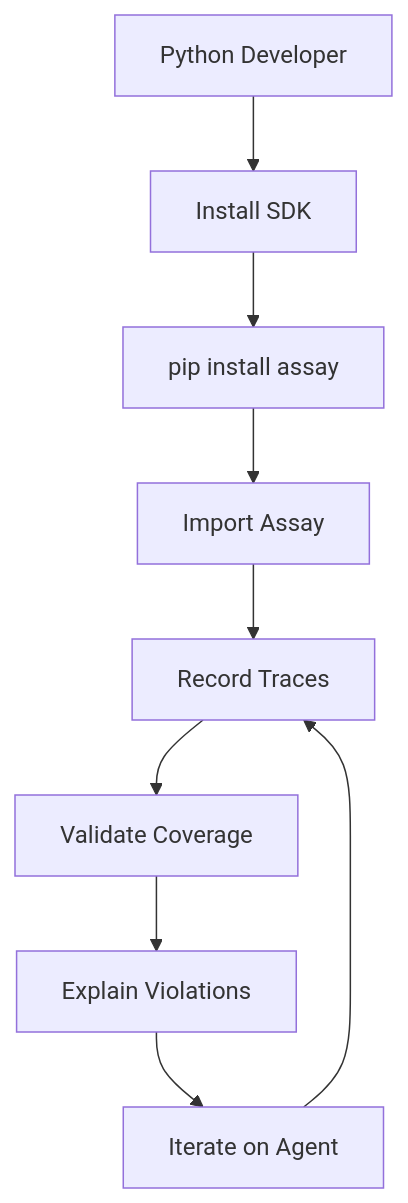
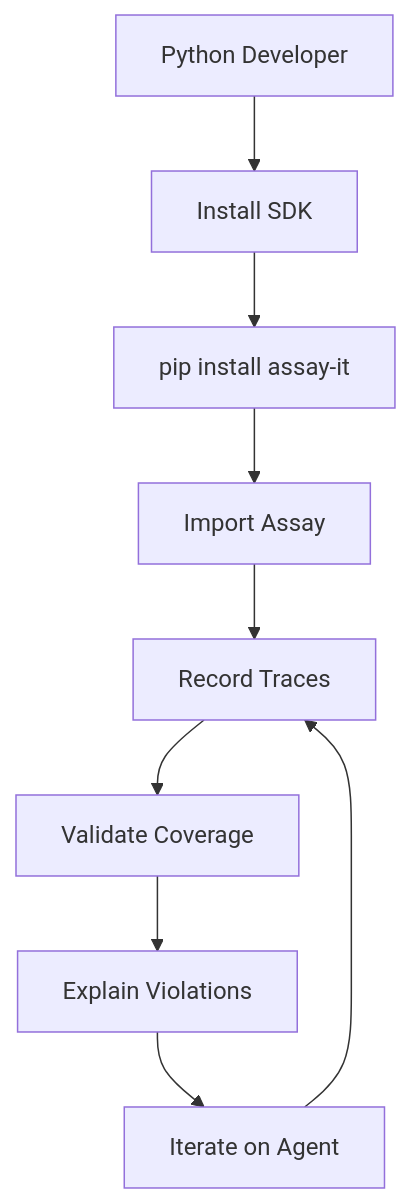
One commit to Rul1an/assay changed the seventh of 12 diagrams in docs/AIcontext/user-flows.md. Above: the diagram before and after it, drawn with Mermaid. The commit also changed other lines of this file and 29 other files, not shown here.

````diff
--- a/docs/AIcontext/user-flows.md
+++ b/docs/AIcontext/user-flows.md
@@ -243,11 +243,11 @@
 ```mermaid
 flowchart TD
     start[Python Developer] --> install[Install SDK]
-    install --> pip[pip install assay]
-    pip --> import[Import Assay]
+    install --> sdk[pip install assay-it]
+    sdk --> import[Import Assay]
     import --> record[Record Traces]
     record --> validate[Validate Coverage]
     validate --> explain[Explain Violations]
     explain --> iterate[Iterate on Agent]
     iterate --> record
 ```
````
